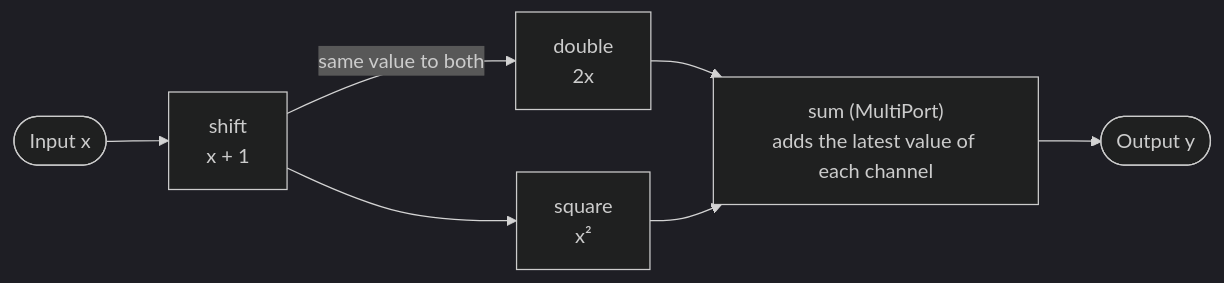
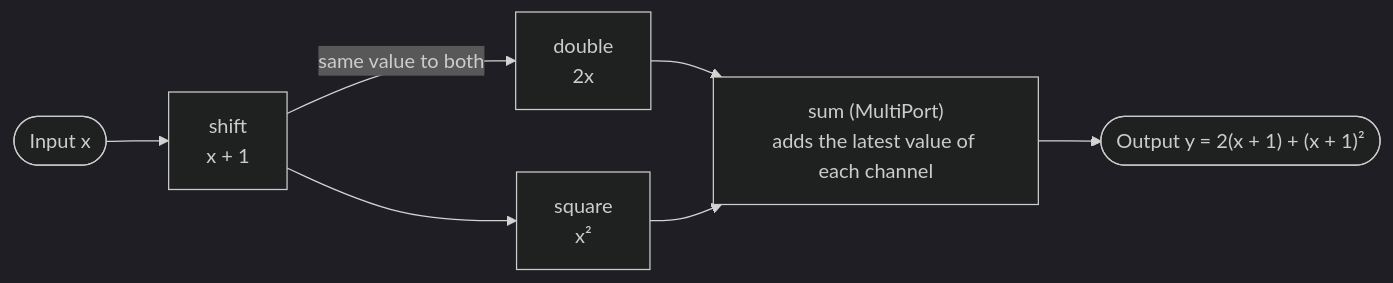
Before and after one commit to Geson-anko/mujou: the first of 2 diagrams in docs/en/topics/ports.md, drawn with Mermaid (dark theme). The commit also changed other lines of this file and 49 other files, not shown here.

````diff
--- a/docs/en/topics/ports.md
+++ b/docs/en/topics/ports.md
@@ -205,9 +76,9 @@
 ```mermaid
 flowchart LR
     IN(["Input x"]) --> SH["shift<br/>x + 1"]
     SH -->|"same value to both"| D["double<br/>2x"]
     SH --> SQ["square<br/>x²"]
     D --> SUM["sum (MultiPort)<br/>adds the latest value of each channel"]
     SQ --> SUM
-    SUM --> OUT(["Output y"])
+    SUM --> OUT(["Output y = 2(x + 1) + (x + 1)²"])
 ```
````
